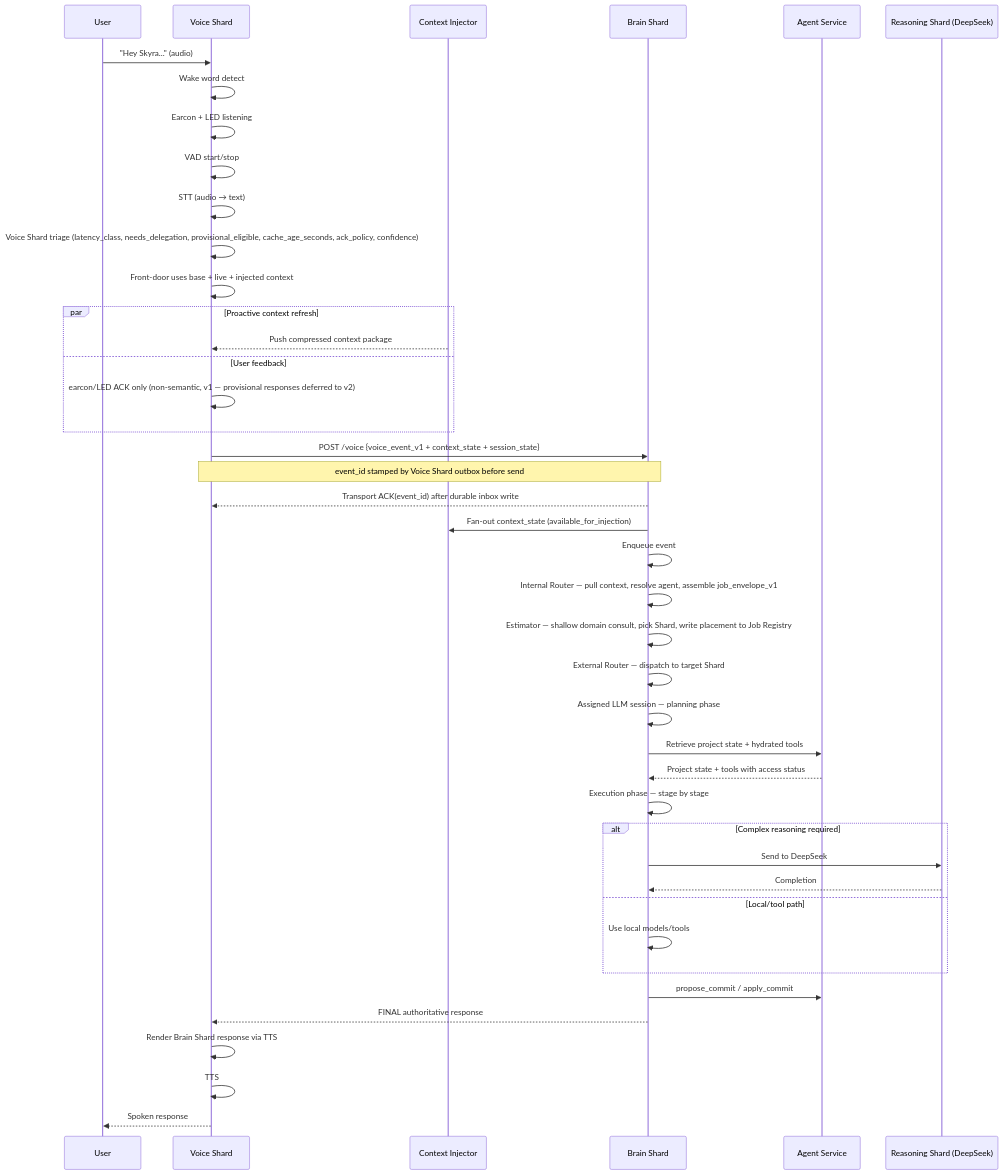
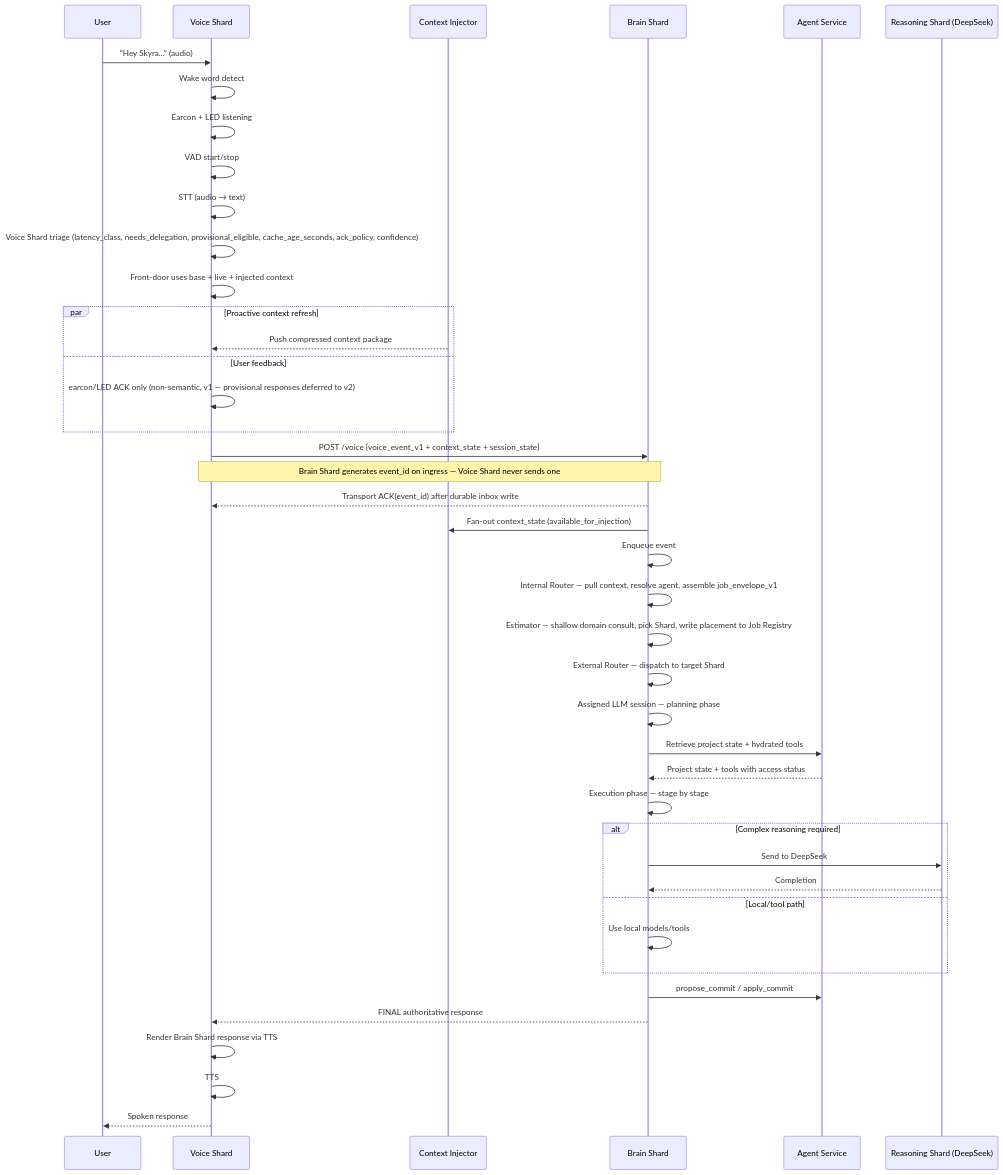
The third of 3 diagrams in docs/arch/v1/scyra.md (m-scanlon/tony-stark-was-able-tobuild-this-in-a-cave), drawn with Mermaid before and after one commit.

Commit message:
Fix stale sequence diagram note — Brain Shard generates event_id, not Voice Shard

````diff
--- a/docs/arch/v1/scyra.md
+++ b/docs/arch/v1/scyra.md
@@ -437,47 +437,47 @@
 ```mermaid
 sequenceDiagram
   participant User
   participant Pi as Voice Shard
   participant CIX as Context Injector
   participant Mac as Brain Shard
   participant PROJ as Agent Service
   participant GPU as Reasoning Shard (DeepSeek)
 
   User->>Pi: "Hey Skyra..." (audio)
   Pi->>Pi: Wake word detect
   Pi->>Pi: Earcon + LED listening
   Pi->>Pi: VAD start/stop
   Pi->>Pi: STT (audio → text)
   Pi->>Pi: Voice Shard triage (latency_class, needs_delegation, provisional_eligible, cache_age_seconds, ack_policy, confidence)
   Pi->>Pi: Front-door uses base + live + injected context
   par Proactive context refresh
     CIX-->>Pi: Push compressed context package
   and User feedback
     Pi->>Pi: earcon/LED ACK only (non-semantic, v1 — provisional responses deferred to v2)
   end
 
   Pi->>Mac: POST /voice {voice_event_v1 + context_state + session_state}
-  Note over Pi,Mac: event_id stamped by Voice Shard outbox before send
+  Note over Pi,Mac: Brain Shard generates event_id on ingress — Voice Shard never sends one
   Mac-->>Pi: Transport ACK(event_id) after durable inbox write
   Mac->>CIX: Fan-out context_state (available_for_injection)
 
   Mac->>Mac: Enqueue event
   Mac->>Mac: Internal Router — pull context, resolve agent, assemble job_envelope_v1
   Mac->>Mac: Estimator — shallow domain consult, pick Shard, write placement to Job Registry
   Mac->>Mac: External Router — dispatch to target Shard
   Mac->>Mac: Assigned LLM session — planning phase
   Mac->>PROJ: Retrieve project state + hydrated tools
   PROJ-->>Mac: Project state + tools with access status
   Mac->>Mac: Execution phase — stage by stage
   alt Complex reasoning required
     Mac->>GPU: Send to DeepSeek
     GPU-->>Mac: Completion
   else Local/tool path
     Mac->>Mac: Use local models/tools
   end
   Mac->>PROJ: propose_commit / apply_commit
   Mac-->>Pi: FINAL authoritative response
   Pi->>Pi: Render Brain Shard response via TTS
   Pi->>Pi: TTS
   Pi-->>User: Spoken response
 ```
````
